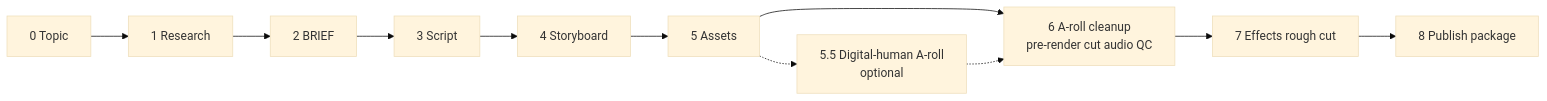
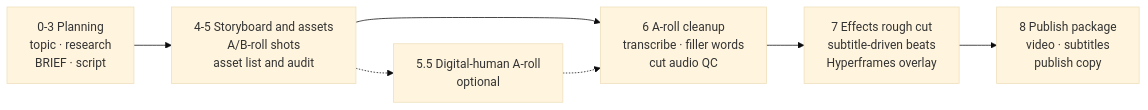
One commit to mileson/chaojifeng-video-content-creator changed the diagram in README.en.md. Above: the diagram before and after it, drawn with Mermaid (base theme). The commit also changed 2 other files, not shown here.

Commit message:
优化流程图并规范许可证
- 优化,README 流程图合并为 6 个节点，窄屏下文字更清晰
- 修复,LICENSE 恢复标准 MIT 文本，便于 GitHub 识别许可证

````diff
--- a/README.en.md
+++ b/README.en.md
@@ -78,7 +78,8 @@
 ```mermaid
 flowchart LR
-    A["0 Topic"] --> B["1 Research"] --> C["2 BRIEF"] --> D["3 Script"] --> E["4 Storyboard"] --> F["5 Assets"]
-    F --> G["6 A-roll cleanup<br/>pre-render cut audio QC"]
-    F -.-> H["5.5 Digital-human A-roll<br/>optional"] -.-> G
-    G --> I["7 Effects rough cut"] --> J["8 Publish package"]
+    P["0-3 Planning<br/>topic · research<br/>BRIEF · script"] --> S["4-5 Storyboard and assets<br/>A/B-roll shots<br/>asset list and audit"]
+    S --> C["6 A-roll cleanup<br/>transcribe · filler words<br/>cut audio QC"]
+    S -.-> D["5.5 Digital-human A-roll<br/>optional"] -.-> C
+    C --> E["7 Effects rough cut<br/>subtitle-driven beats<br/>Hyperframes overlay"]
+    E --> F["8 Publish package<br/>video · subtitles<br/>publish copy"]
 ```
````
